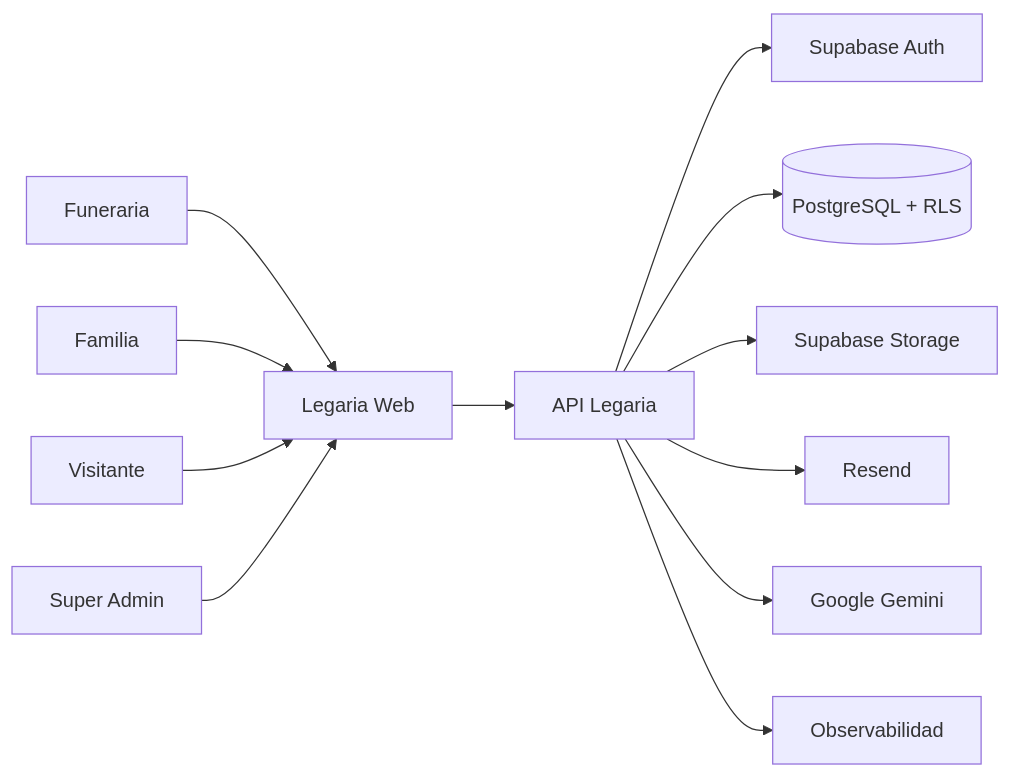
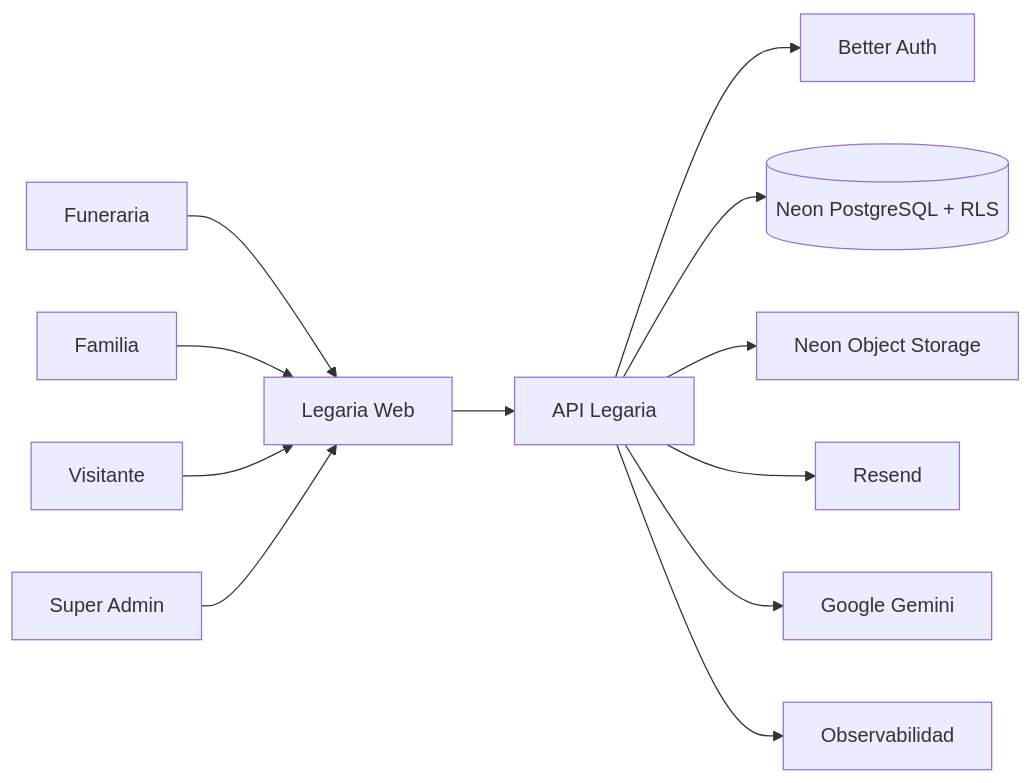
One commit to serpermar/Legaria changed the first of 4 diagrams in docs/01-arquitectura.md. Above: the diagram before and after it, drawn with Mermaid. The commit also changed other lines of this file and 73 other files, not shown here.

````diff
--- a/docs/01-arquitectura.md
+++ b/docs/01-arquitectura.md
@@ -21,14 +21,14 @@
 ```mermaid
 flowchart LR
     FH[Funeraria] --> WEB[Legaria Web]
     FAM[Familia] --> WEB
     VIS[Visitante] --> WEB
     ADM[Super Admin] --> WEB
     WEB --> API[API Legaria]
-    API --> AUTH[Supabase Auth]
-    API --> DB[(PostgreSQL + RLS)]
-    API --> ST[Supabase Storage]
+    API --> AUTH[Better Auth]
+    API --> DB[(Neon PostgreSQL + RLS)]
+    API --> ST[Neon Object Storage]
     API --> MAIL[Resend]
     API --> AI[Google Gemini]
     API --> OBS[Observabilidad]
 ```
````
